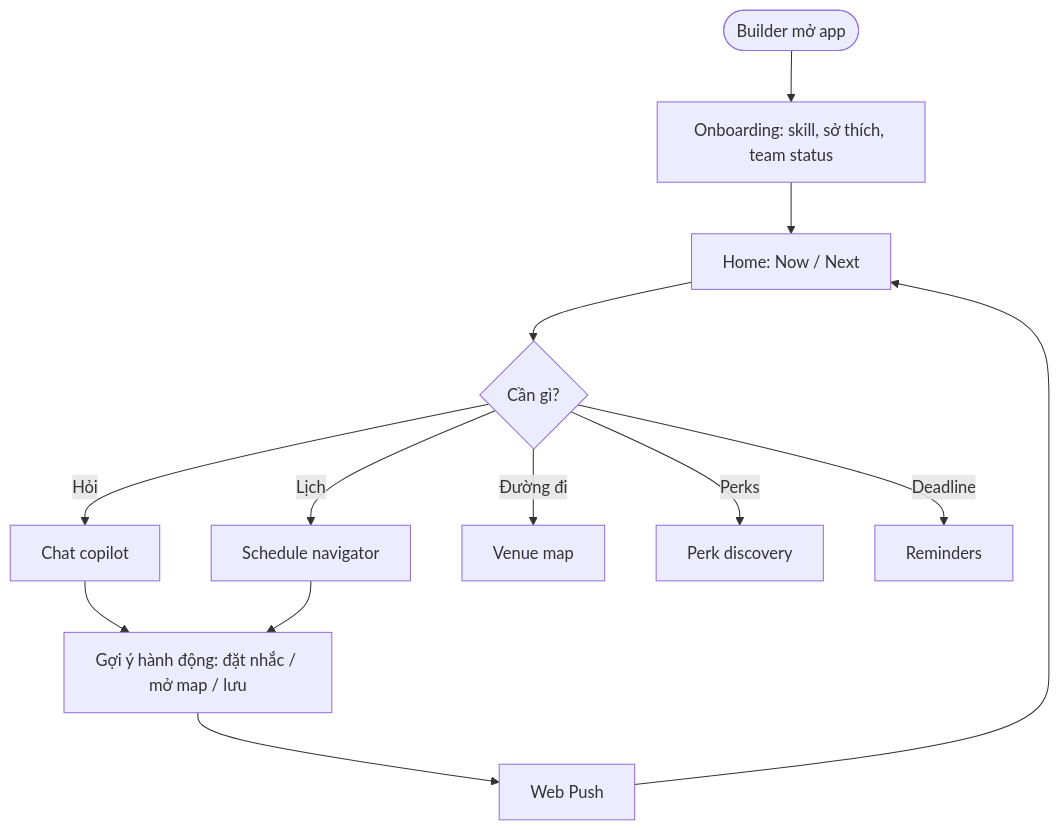
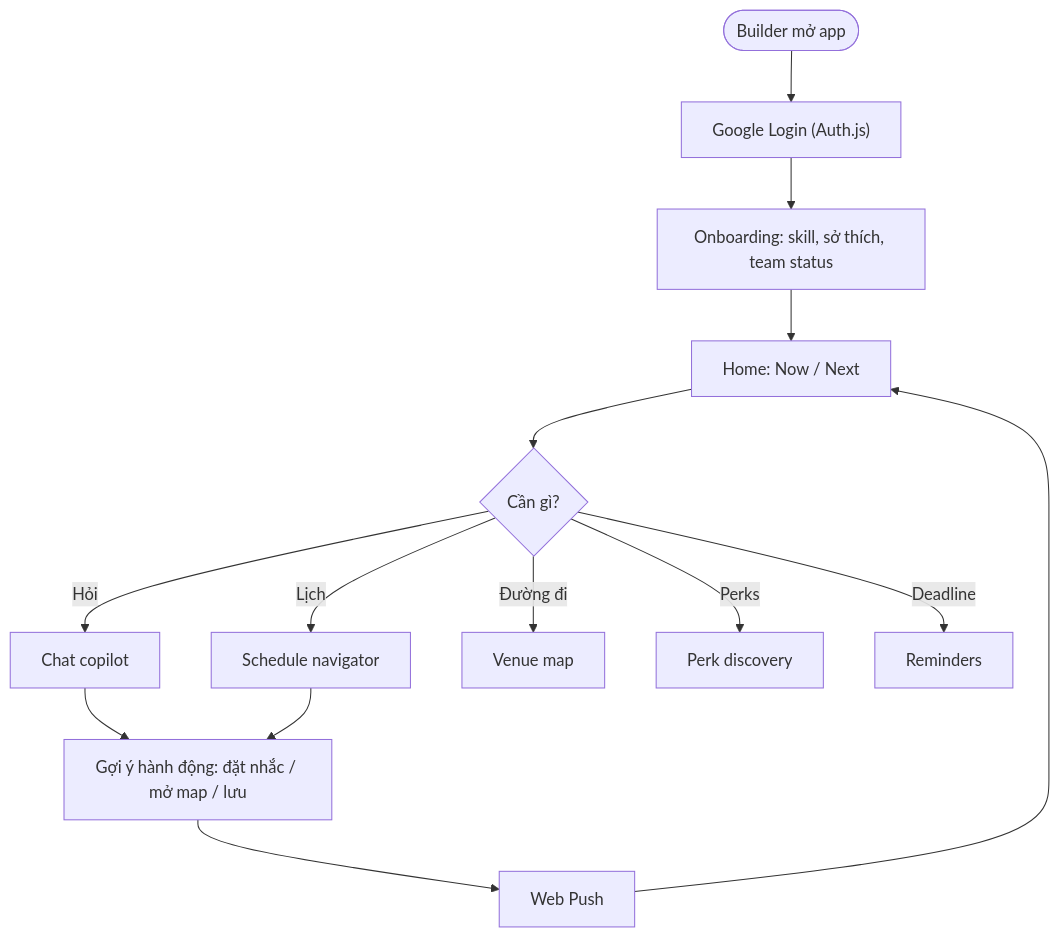
The fifth of 7 diagrams in Event-Copilot-Build-Checklist.md (khangzens2001/AI-build-week-gemo), drawn with Mermaid before and after one commit. The commit also changed other lines of this file and 151 other files, not shown here.

````diff
--- a/Event-Copilot-Build-Checklist.md
+++ b/Event-Copilot-Build-Checklist.md
@@ -206,15 +214,16 @@
 ```mermaid
 flowchart TD
-    Start(["Builder mở app"]) --> Onboard["Onboarding: skill, sở thích, team status"]
+    Start(["Builder mở app"]) --> Login["Google Login (Auth.js)"]
+    Login --> Onboard["Onboarding: skill, sở thích, team status"]
     Onboard --> Home["Home: Now / Next"]
     Home --> Q{"Cần gì?"}
     Q -->|"Hỏi"| Chat["Chat copilot"]
     Q -->|"Lịch"| Sched["Schedule navigator"]
     Q -->|"Đường đi"| Map["Venue map"]
     Q -->|"Perks"| Perks["Perk discovery"]
     Q -->|"Deadline"| Rem["Reminders"]
     Chat --> Action["Gợi ý hành động: đặt nhắc / mở map / lưu"]
     Sched --> Action
     Action --> Push["Web Push"]
     Push --> Home
 ```
````
